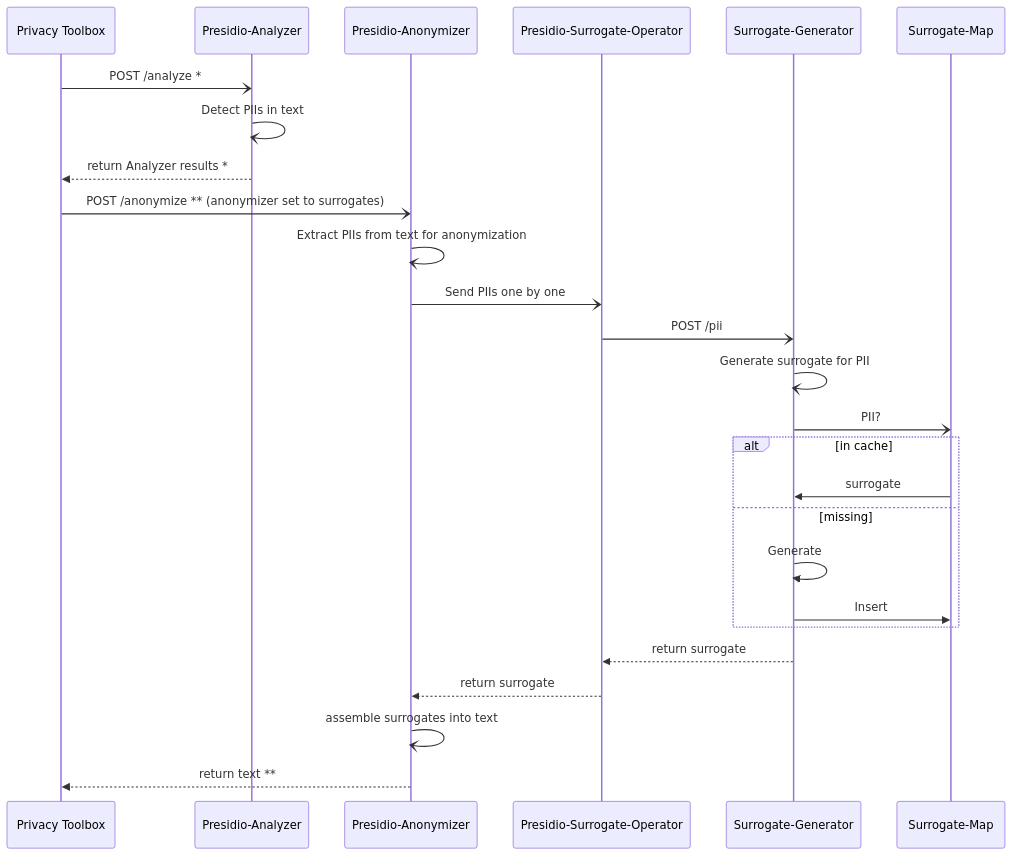
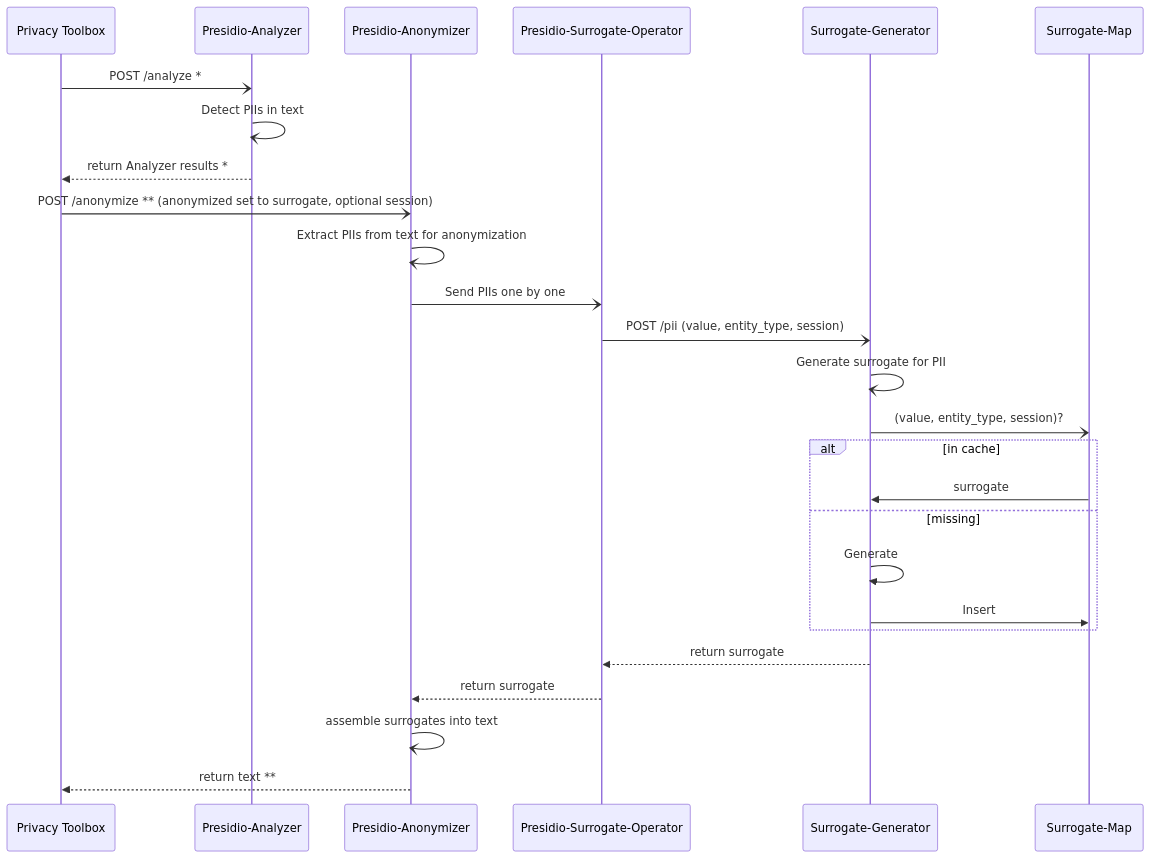
One commit to sdsc-ordes/deid-module changed the diagram in src/modules/surrogate/README.md. Above: the diagram before and after it, drawn with Mermaid. The commit also changed other lines of this file and 9 other files, not shown here.

First line of the commit message:
feat(surrogate): scope mappings by session (#24)

````diff
--- a/src/modules/surrogate/README.md
+++ b/src/modules/surrogate/README.md
@@ -54,29 +66,29 @@
 ```mermaid
 sequenceDiagram
     participant PT as Privacy Toolbox
     participant An as Presidio-Analyzer
     participant Anon as Presidio-Anonymizer
     participant O as Presidio-Surrogate-Operator
     participant SG as Surrogate-Generator
     participant SM as Surrogate-Map
 
     PT-)An: POST /analyze *
     An-)An: Detect PIIs in text
     An-->>PT: return Analyzer results *
-    PT-)Anon: POST /anonymize ** (anonymizer set to surrogates)
+    PT-)Anon: POST /anonymize ** (anonymized set to surrogate, optional session)
     Anon-)Anon: Extract PIIs from text for anonymization
     Anon-)O: Send PIIs one by one
-    O-)SG: POST /pii
+    O-)SG: POST /pii (value, entity_type, session)
     SG-)SG: Generate surrogate for PII
-    SG-)SM: PII?
+    SG-)SM: (value, entity_type, session)?
     alt in cache
         SM->>SG: surrogate
     else missing
         SG->>SG: Generate
         SG->>SM: Insert
     end
     SG-->>O: return surrogate
     O-->>Anon: return surrogate
     Anon-)Anon: assemble surrogates into text
     Anon-->>PT: return text **
 ```
````
